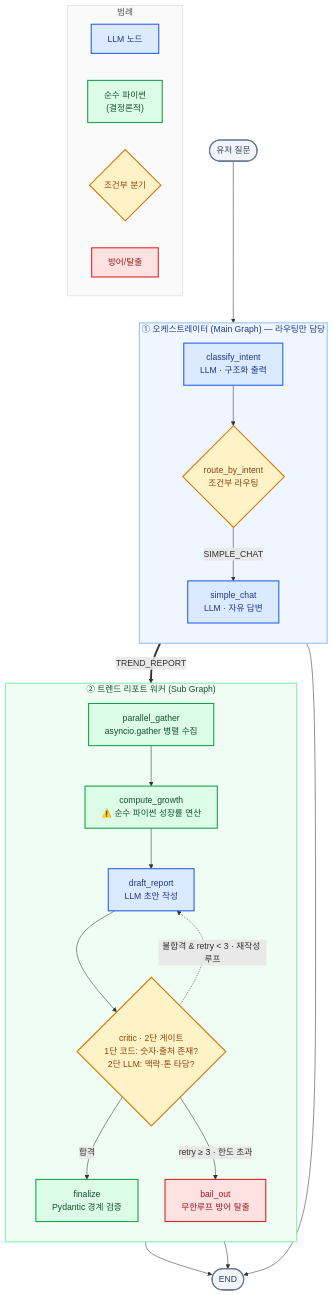
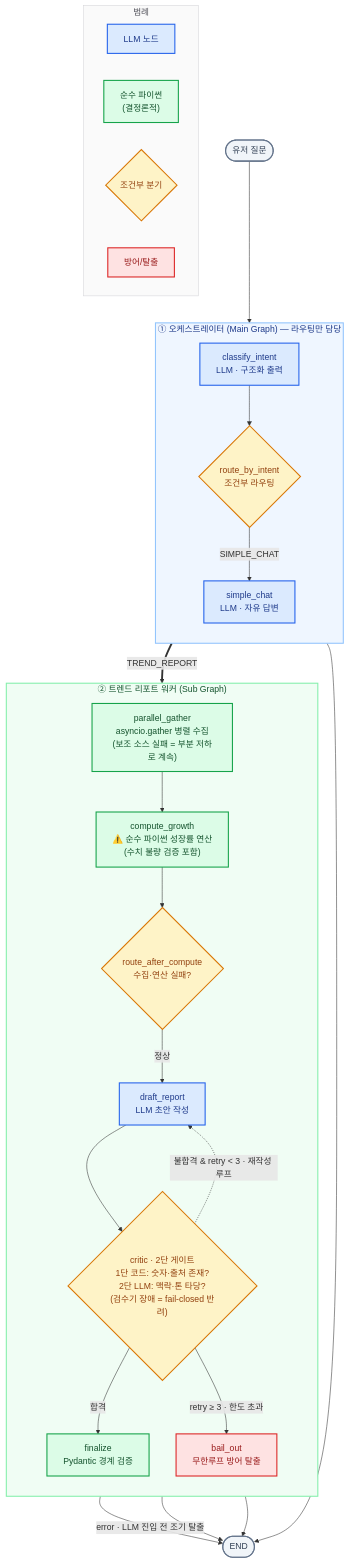
Before and after one commit to kskt1234-netizen/AI-customer-support-trend-report-agent: the diagram in README.md, drawn with Mermaid. The commit also changed other lines of this file, not shown here.

````diff
--- a/README.md
+++ b/README.md
@@ -19,52 +20,55 @@
 ```mermaid
 flowchart TD
     U([유저 질문]):::io
 
     subgraph MAIN["① 오케스트레이터 (Main Graph) — 라우팅만 담당"]
         direction TB
         C["classify_intent<br/>LLM · 구조화 출력"]:::llm
         R{"route_by_intent<br/>조건부 라우팅"}:::branch
         S["simple_chat<br/>LLM · 자유 답변"]:::llm
         C --> R
         R -->|SIMPLE_CHAT| S
     end
 
     subgraph WORKER["② 트렌드 리포트 워커 (Sub Graph)"]
         direction TB
-        G["parallel_gather<br/>asyncio.gather 병렬 수집"]:::code
-        CG["compute_growth<br/>⚠️ 순수 파이썬 성장률 연산"]:::code
+        G["parallel_gather<br/>asyncio.gather 병렬 수집<br/>(보조 소스 실패 = 부분 저하로 계속)"]:::code
+        CG["compute_growth<br/>⚠️ 순수 파이썬 성장률 연산<br/>(수치 불량 검증 포함)"]:::code
+        RC{"route_after_compute<br/>수집·연산 실패?"}:::branch
         D["draft_report<br/>LLM 초안 작성"]:::llm
-        CR{"critic · 2단 게이트<br/>1단 코드: 숫자·출처 존재?<br/>2단 LLM: 맥락·톤 타당?"}:::branch
+        CR{"critic · 2단 게이트<br/>1단 코드: 숫자·출처 존재?<br/>2단 LLM: 맥락·톤 타당?<br/>(검수기 장애 = fail-closed 반려)"}:::branch
         F["finalize<br/>Pydantic 경계 검증"]:::code
         B["bail_out<br/>무한루프 방어 탈출"]:::guard
-        G --> CG --> D --> CR
+        G --> CG --> RC
+        RC -->|정상| D --> CR
         CR -.->|"불합격 & retry < 3 · 재작성 루프"| D
         CR -->|합격| F
         CR -->|"retry ≥ 3 · 한도 초과"| B
     end
 
     U --> C
     R ==>|TREND_REPORT| G
     S --> E([END]):::io
+    RC -->|"error · LLM 진입 전 조기 탈출"| E
     F --> E
     B --> E
 
     %% ── 범례 ──
     subgraph LEGEND["범례"]
         direction LR
         L1["LLM 노드"]:::llm
         L2["순수 파이썬<br/>(결정론적)"]:::code
         L3{"조건부 분기"}:::branch
         L4["방어/탈출"]:::guard
     end
 
     classDef llm fill:#dbeafe,stroke:#2563eb,stroke-width:2px,color:#1e3a8a;
     classDef code fill:#dcfce7,stroke:#16a34a,stroke-width:2px,color:#14532d;
     classDef branch fill:#fef3c7,stroke:#d97706,stroke-width:2px,color:#92400e;
     classDef guard fill:#fee2e2,stroke:#dc2626,stroke-width:2px,color:#991b1b;
     classDef io fill:#f1f5f9,stroke:#64748b,stroke-width:2px,color:#334155;
 
     style MAIN fill:#eff6ff,stroke:#93c5fd,stroke-width:2px,color:#1e3a8a;
     style WORKER fill:#f0fdf4,stroke:#86efac,stroke-width:2px,color:#14532d;
     style LEGEND fill:#fafafa,stroke:#d4d4d8,stroke-width:1px,color:#52525b;
 ```
````
